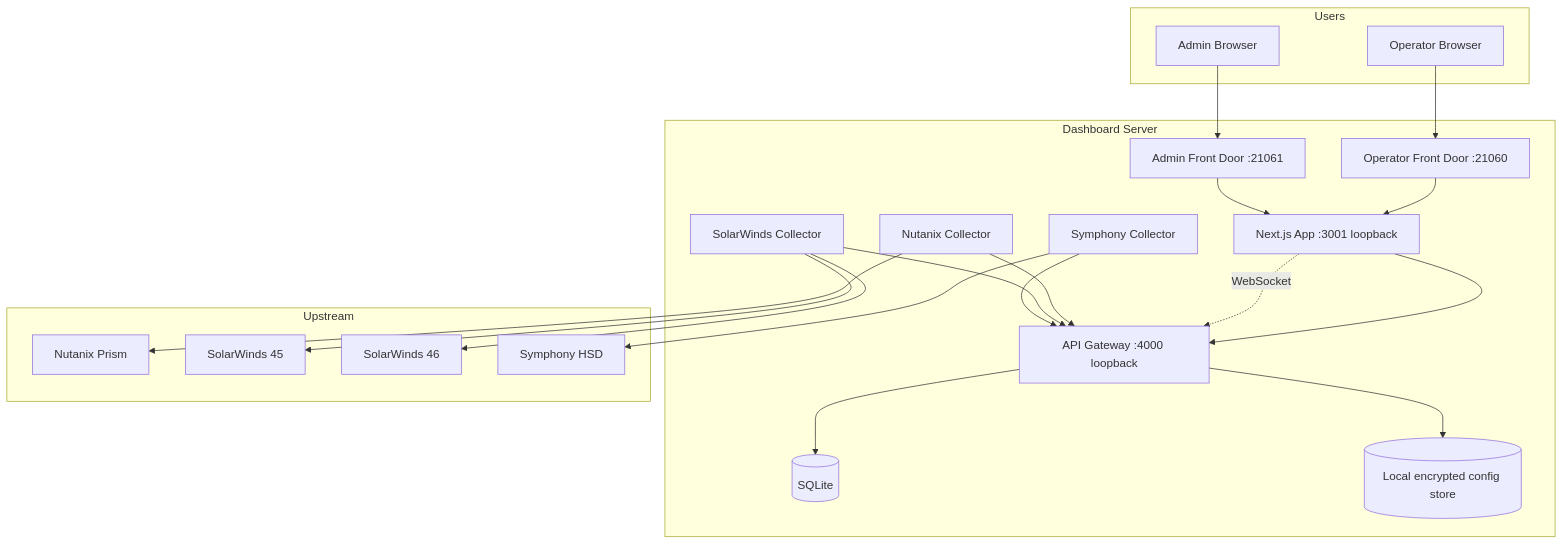
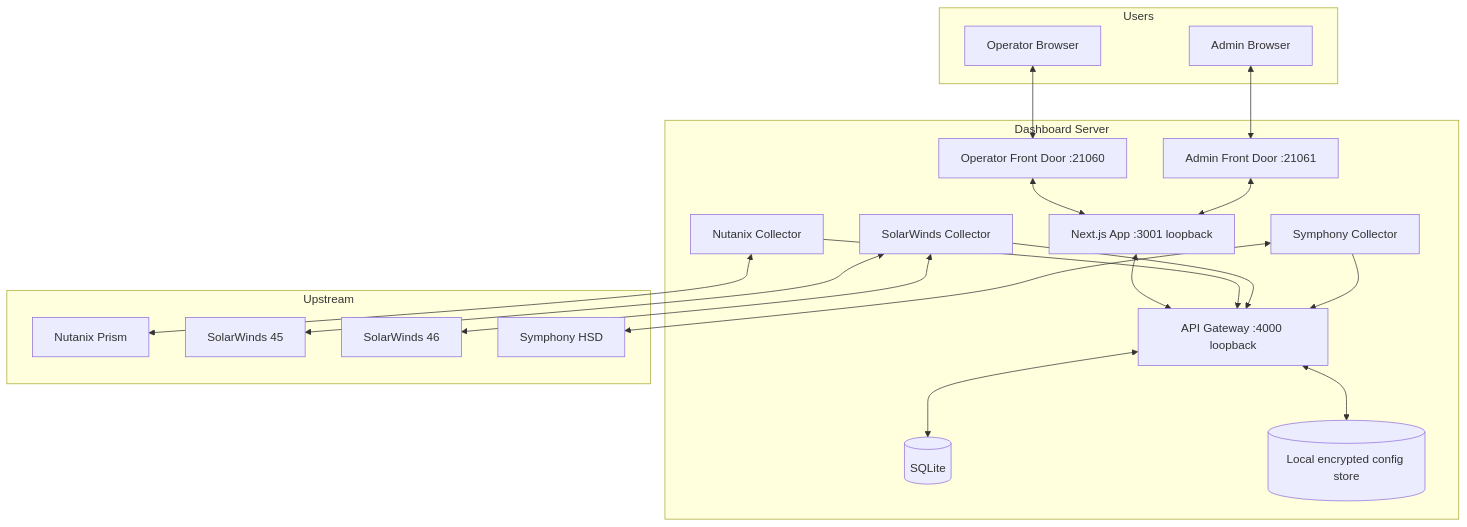
One commit to omswish/samixa changed the first of 5 diagrams in docs/system-design.md. Above: the diagram before and after it, drawn with Mermaid. The commit also changed other lines of this file and 14 other files, not shown here.

Commit message:
Refresh docs for split bootstrap and diagram flow

````diff
--- a/docs/system-design.md
+++ b/docs/system-design.md
@@ -19,40 +19,41 @@
 ```mermaid
 flowchart TB
     subgraph Users
         O[Operator Browser]
         A[Admin Browser]
     end
 
     subgraph AppServer[Dashboard Server]
         FO[Operator Front Door :21060]
         FA[Admin Front Door :21061]
         UI[Next.js App :3001 loopback]
         GW[API Gateway :4000 loopback]
         DB[(SQLite)]
         CFG[(Local encrypted config store)]
         NX[Nutanix Collector]
         SW[SolarWinds Collector]
         SY[Symphony Collector]
     end
 
     subgraph Upstream
         NXP[Nutanix Prism]
         SW45[SolarWinds 45]
         SW46[SolarWinds 46]
         HSD[Symphony HSD]
     end
 
-    O --> FO --> UI
-    A --> FA --> UI
-    UI --> GW
-    UI -. WebSocket .-> GW
-    GW --> DB
-    GW --> CFG
-    NX --> NXP
-    SW --> SW45
-    SW --> SW46
-    SY --> HSD
+    O <--> FO
+    FO <--> UI
+    A <--> FA
+    FA <--> UI
+    UI <--> GW
+    GW <--> DB
+    GW <--> CFG
+    NX <--> NXP
+    SW <--> SW45
+    SW <--> SW46
+    SY <--> HSD
     NX --> GW
     SW --> GW
     SY --> GW
 ```
````
